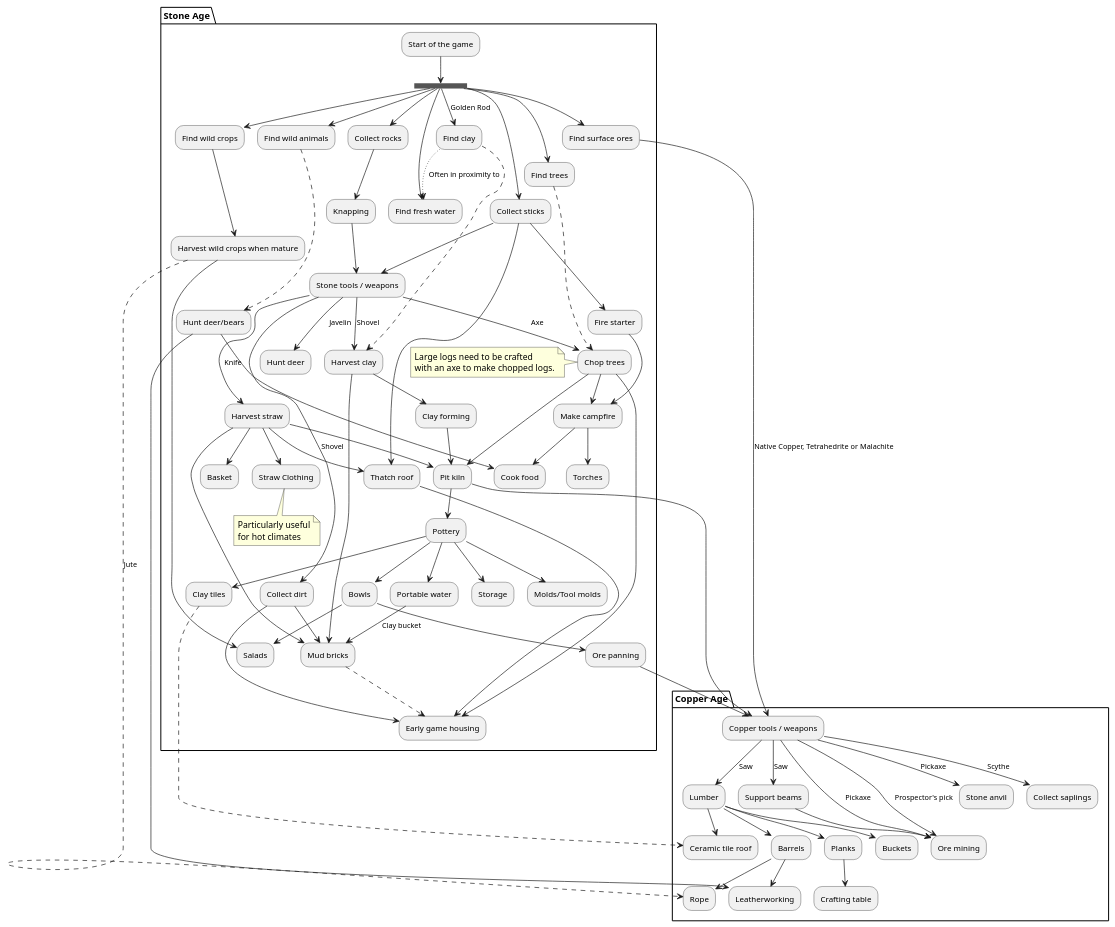
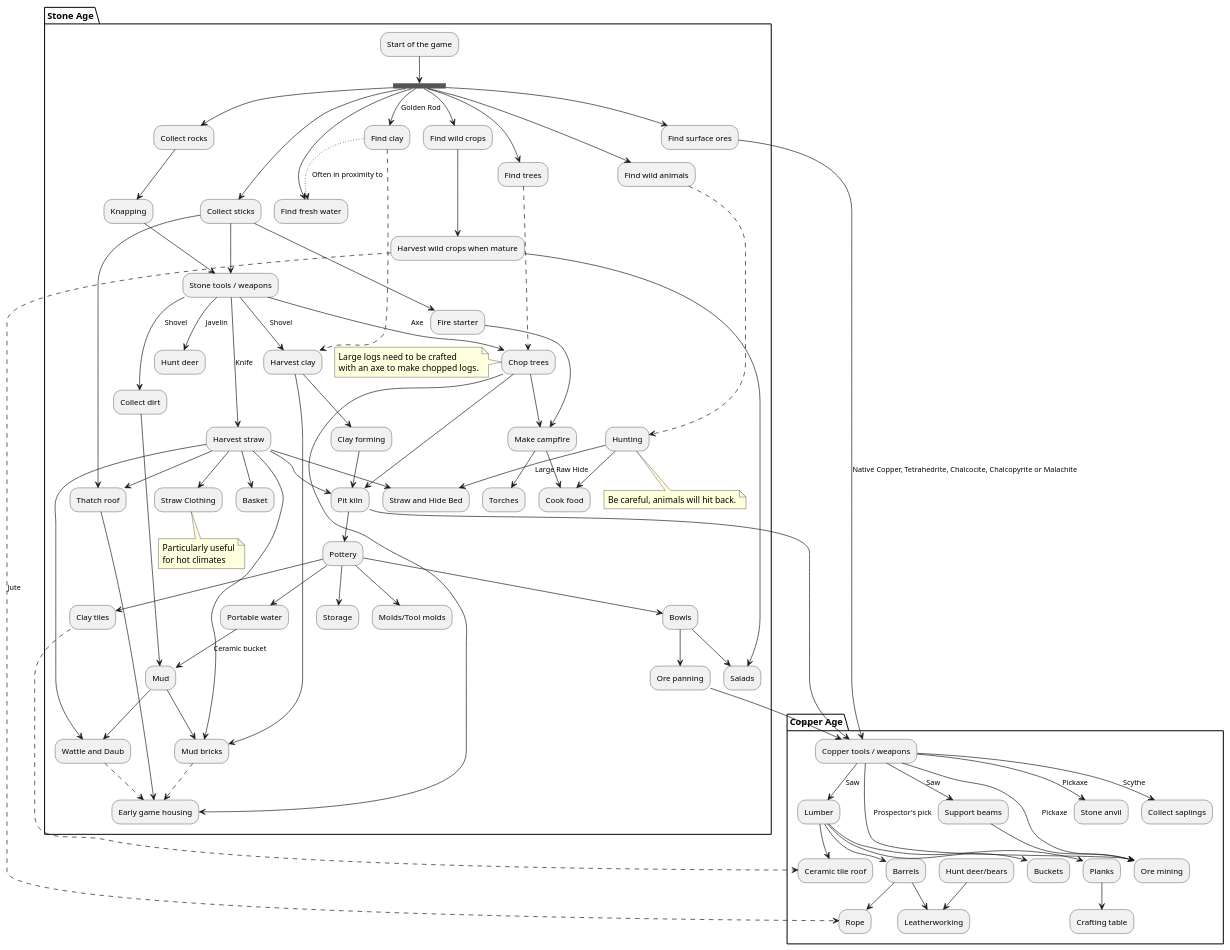
The diagram in tfc.wsd (nuckable/TFC-Flowcharts), drawn with PlantUML before and after one commit.

Commit message:
Update TFC+ flowchart

```diff
--- a/tfc.wsd
+++ b/tfc.wsd
@@ -1,90 +1,98 @@
 @startuml TerraFirmaCraft+
 
 partition "Stone Age" {
   "Start of the game" --> ===A1===
   ===A1=== --> "Collect rocks"
   ===A1=== --> "Collect sticks"
   ===A1=== --> "Find fresh water"
   ===A1=== -->[Golden Rod] "Find clay"
   ===A1=== --> "Find trees"
   ===A1=== --> "Find surface ores"
   ===A1=== --> "Find wild crops"
   ===A1=== --> "Find wild animals"
   "Collect rocks" --> "Knapping"
   "Knapping" --> "Stone tools / weapons"
   "Collect sticks" --> "Stone tools / weapons"
   "Collect sticks" --> "Fire starter"
   "Collect sticks" --> "Thatch roof"
   "Stone tools / weapons" -->[Shovel] "Harvest clay"
   "Stone tools / weapons" -->[Shovel] "Collect dirt"
-  "Collect dirt" --> "Mud bricks"
-  "Collect dirt" --> "Early game housing"
+  "Collect dirt" --> "Mud"
   "Stone tools / weapons" -->[Axe] "Chop trees"
   "Stone tools / weapons" -->[Knife] "Harvest straw"
   "Stone tools / weapons" -->[Javelin] "Hunt deer"
   "Fire starter" --> "Make campfire"
   "Make campfire" --> "Torches"
   "Make campfire" --> "Cook food"
   "Harvest straw" --> "Pit kiln"
   "Harvest straw" --> "Straw Clothing"
   note bottom
     Particularly useful
     for hot climates
   end note
   "Harvest straw" --> "Mud bricks"
+  "Harvest straw" --> "Wattle and Daub"
   "Harvest straw" --> "Thatch roof"
   "Harvest straw" --> "Basket"
   "Thatch roof" --> "Early game housing"
   "Find clay" -[dashed]-> "Harvest clay"
   "Find clay" -[dotted]->[Often in proximity to] "Find fresh water"
   "Chop trees" --> "Pit kiln"
   "Chop trees" --> "Make campfire"
   "Chop trees" --> "Early game housing"
   "Harvest clay" --> "Clay forming"
   "Harvest clay" --> "Mud bricks"
+  "Harvest straw" --> "Straw and Hide Bed"
   "Mud bricks" -[dashed]-> "Early game housing"
+  "Wattle and Daub" -[dashed]-> "Early game housing"
   "Clay forming" --> "Pit kiln"
   "Pit kiln" --> "Pottery"
   "Pottery" --> "Storage"
   "Pottery" --> "Molds/Tool molds"
   "Pottery" --> "Bowls"
   "Pottery" --> "Clay tiles"
   "Bowls" --> "Salads"
   "Bowls" --> "Ore panning"
   "Pottery" --> "Portable water"
-  "Portable water" -->[Clay bucket] "Mud bricks"
+  "Portable water" -->[Ceramic bucket] "Mud"
+  "Mud" --> "Mud bricks"
+  "Mud" --> "Wattle and Daub"
   "Find trees" -[dashed]-> "Chop trees"
   note left
     Large logs need to be crafted
     with an axe to make chopped logs.
   end note
   "Find wild crops" --> "Harvest wild crops when mature"
   "Harvest wild crops when mature" --> "Salads"
-  "Find wild animals" -[dashed]-> "Hunt deer/bears"
-  "Hunt deer/bears" --> "Cook food"
+  "Find wild animals" -[dashed]-> "Hunting"
+  note bottom
+     Be careful, animals will hit back.
+  end note
+  "Hunting" --> "Cook food"
+  "Hunting" -->[Large Raw Hide] "Straw and Hide Bed"
 }
 
 partition "Copper Age" {
-  "Find surface ores" -->[Native Copper, Tetrahedrite or Malachite] "Copper tools / weapons"
+  "Find surface ores" -->[Native Copper, Tetrahedrite, Chalcocite, Chalcopyrite or Malachite] "Copper tools / weapons"
   "Ore panning" --> "Copper tools / weapons"
   "Pit kiln" --> "Copper tools / weapons"
   "Copper tools / weapons" -->[Saw] "Lumber"
   "Copper tools / weapons" -->[Saw] "Support beams"
   "Copper tools / weapons" -->[Pickaxe] "Ore mining"
   "Copper tools / weapons" -->[Pickaxe] "Stone anvil"
   "Copper tools / weapons" -->[Prospector's pick] "Ore mining"
   "Copper tools / weapons" -->[Scythe] "Collect saplings"
   "Support beams" --> "Ore mining"
   "Clay tiles" -[dashed]-> "Ceramic tile roof"
   "Lumber" --> "Ceramic tile roof"
   "Lumber" --> "Planks"
   "Lumber" --> "Barrels"
   "Barrels" --> "Rope"
   "Barrels" --> "Leatherworking"
   "Hunt deer/bears" --> "Leatherworking"
   "Harvest wild crops when mature" -[dashed]->[Jute] "Rope"
   "Lumber" --> "Buckets"
   "Planks" --> "Crafting table"
 }
 
 @enduml
```
